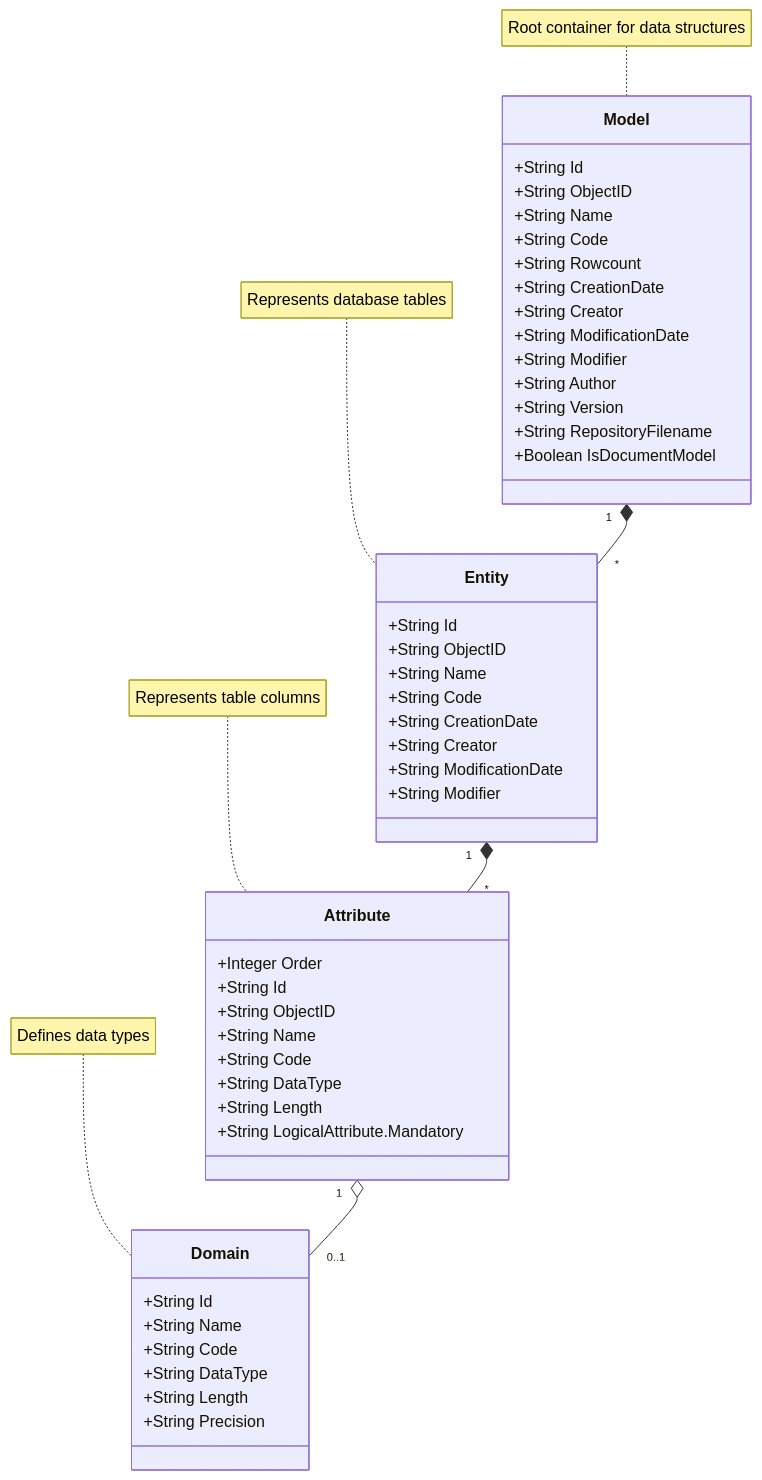
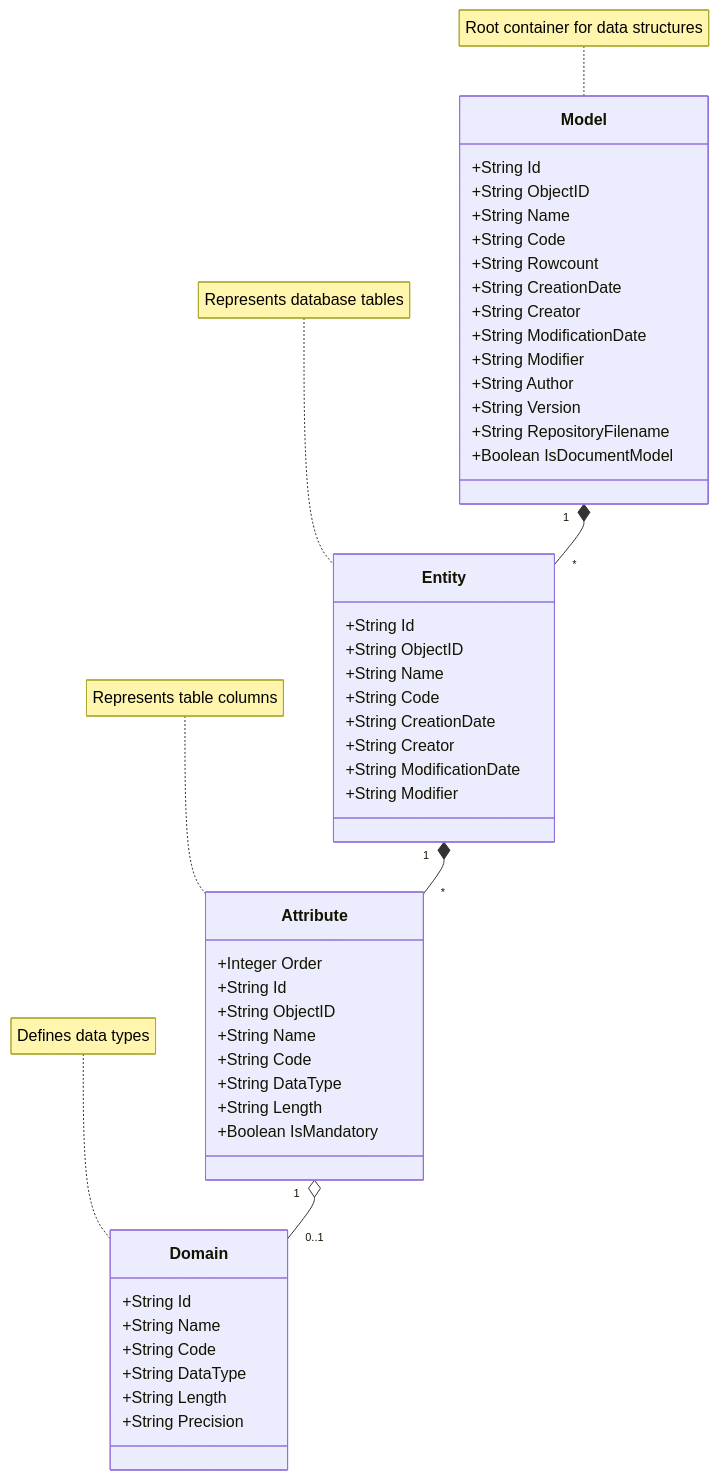
The second of 3 diagrams in docs/Model_Extractor.md (mark-me/etl_templates), drawn with Mermaid before and after one commit. The commit also changed other lines of this file, not shown here.

````diff
--- a/docs/Model_Extractor.md
+++ b/docs/Model_Extractor.md
@@ -29,53 +29,53 @@
 ```mermaid
 classDiagram
     class Model {
         +String Id
         +String ObjectID
         +String Name
         +String Code
         +String Rowcount
         +String CreationDate
         +String Creator
         +String ModificationDate
         +String Modifier
         +String Author
         +String Version
         +String RepositoryFilename
         +Boolean IsDocumentModel
     }
     class Entity {
         +String Id
         +String ObjectID
         +String Name
         +String Code
         +String CreationDate
         +String Creator
         +String ModificationDate
         +String Modifier
     }
     class Attribute {
         +Integer Order
         +String Id
         +String ObjectID
         +String Name
         +String Code
         +String DataType
         +String Length
-        +String LogicalAttribute.Mandatory
+        +Boolean IsMandatory
     }
     class Domain {
         +String Id
         +String Name
         +String Code
         +String DataType
         +String Length
         +String Precision
     }
     Model "1" *-- "*" Entity
     Entity "1" *-- "*" Attribute
     Attribute "1" o-- "0..1" Domain
     note for Model "Root container for data structures"
     note for Entity "Represents database tables"
     note for Attribute "Represents table columns"
     note for Domain "Defines data types"
 ```
````
